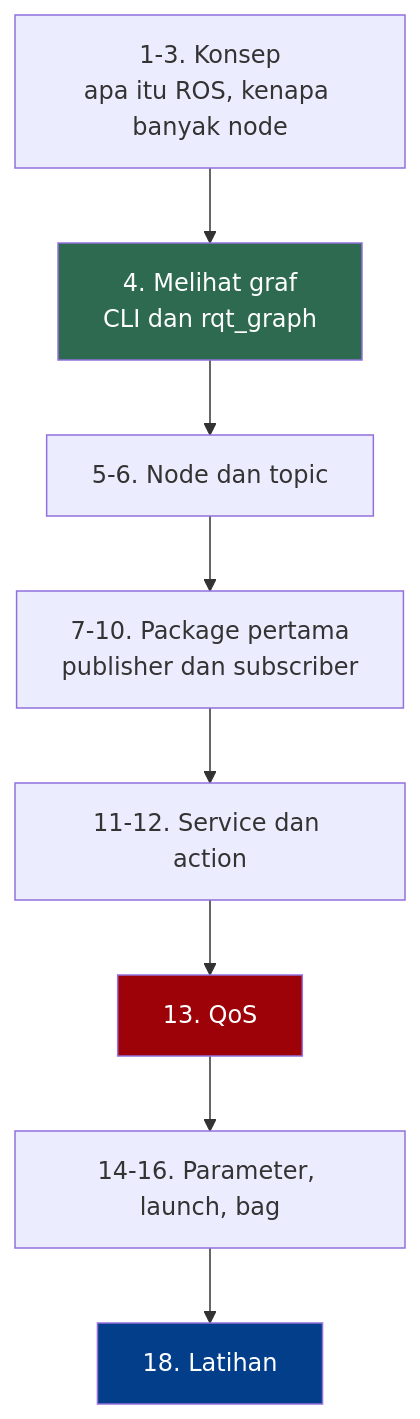
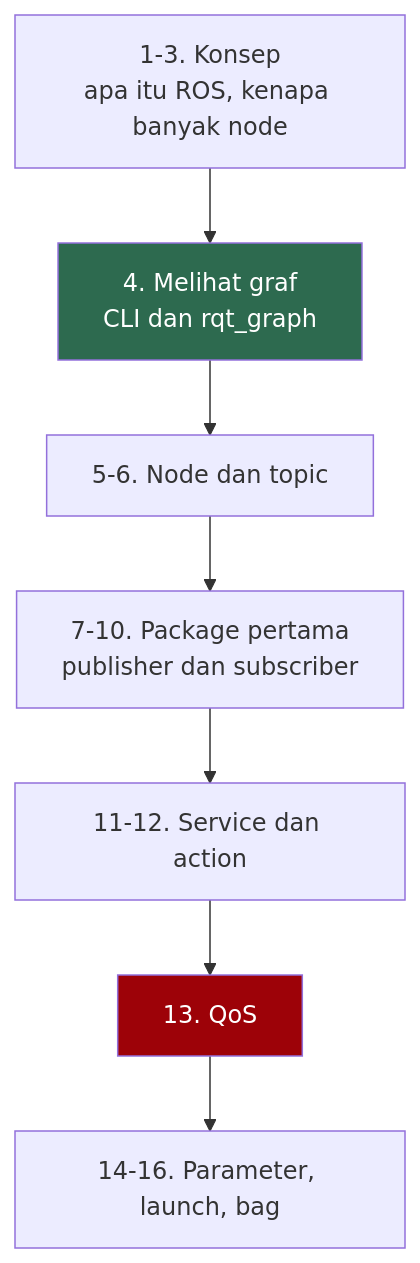
One commit to kcv-if/Modul-Robotika changed the first of 4 diagrams in ROS 2/dasar-ros2.md. Above: the diagram before and after it, drawn with Mermaid. The commit also changed other lines of this file, not shown here.

````diff
--- a/ROS 2/dasar-ros2.md
+++ b/ROS 2/dasar-ros2.md
@@ -9,14 +9,12 @@
 ```mermaid
 graph TD
     A["1-3. Konsep<br/>apa itu ROS, kenapa banyak node"] --> B["4. Melihat graf<br/>CLI dan rqt_graph"]
     B --> C["5-6. Node dan topic"]
     C --> D["7-10. Package pertama<br/>publisher dan subscriber"]
     D --> E["11-12. Service dan action"]
     E --> F["13. QoS"]
     F --> G["14-16. Parameter, launch, bag"]
-    G --> H["18. Latihan"]
 
     style B fill:#2d6a4f,color:#fff
     style F fill:#9d0208,color:#fff
-    style H fill:#023e8a,color:#fff
 ```
````
